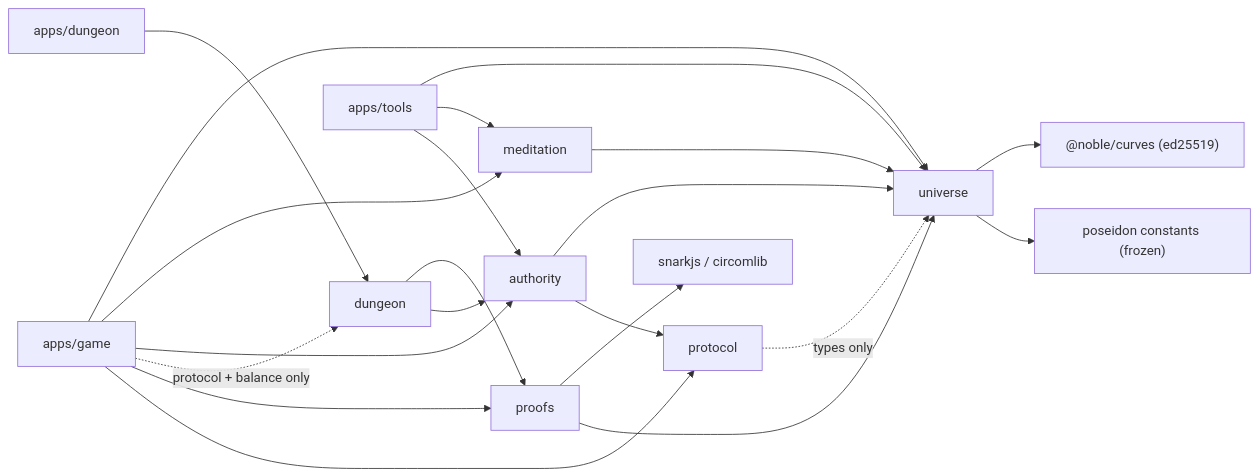
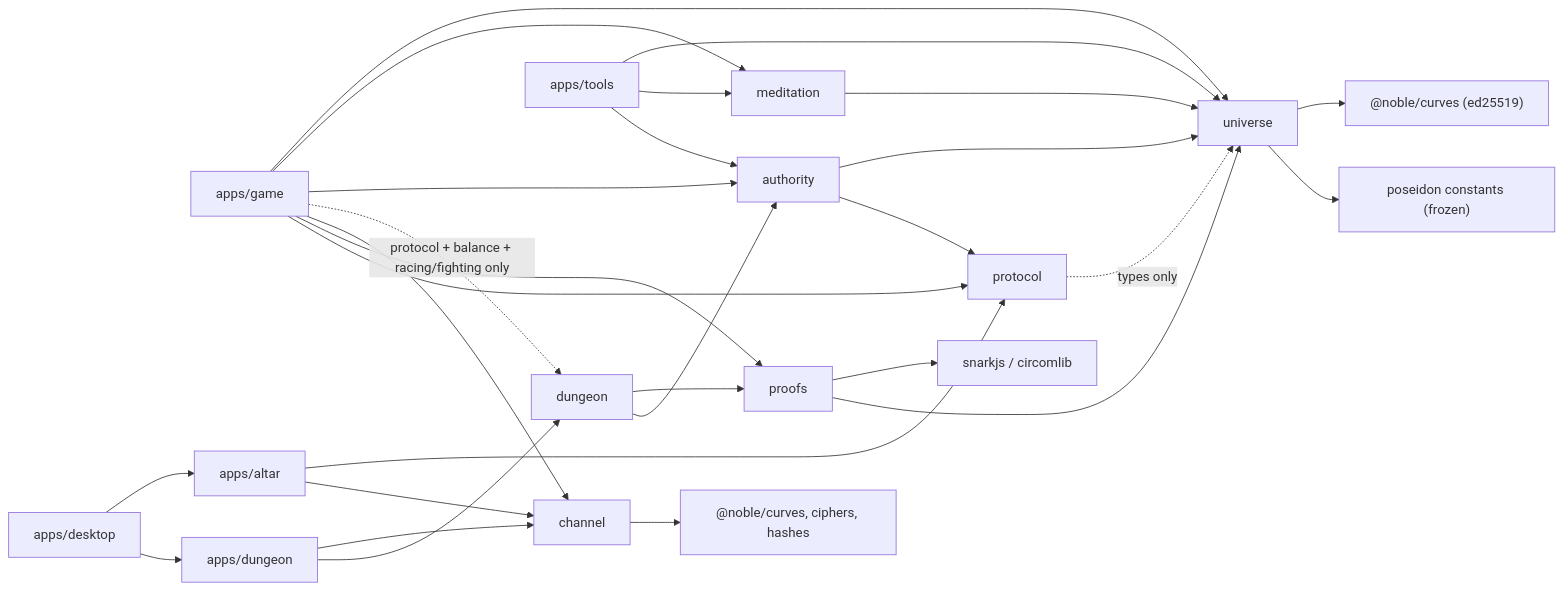
One commit to rranshous/context-games changed the first of 4 diagrams in games/truenames/docs/06-architecture.md. Above: the diagram before and after it, drawn with Mermaid. The commit also changed other lines of this file and 8 other files, not shown here.

````diff
--- a/games/truenames/docs/06-architecture.md
+++ b/games/truenames/docs/06-architecture.md
@@ -39,21 +39,27 @@
 ```mermaid
 flowchart LR
   game[apps/game] --> protocol
   game --> proofs
-  game -. protocol + balance only .-> dungeon
+  game --> channel
+  game -. protocol + balance + racing/fighting only .-> dungeon
   dsrv[apps/dungeon] --> dungeon
+  dsrv --> channel
+  altar[apps/altar] --> channel
+  altar --> protocol
+  desktop[apps/desktop] --> dsrv & altar
+  channel --> N2["@noble/curves, ciphers, hashes"]
   dungeon --> authority
   dungeon --> proofs
   proofs --> universe
   proofs --> SJ[snarkjs / circomlib]
   game --> authority
   game --> meditation
   game --> universe
   tools[apps/tools] --> authority & meditation & universe
   authority --> protocol
   authority --> universe
   meditation --> universe
   protocol -. types only .-> universe
   universe --> P["poseidon constants (frozen)"]
   universe --> N["@noble/curves (ed25519)"]
 ```
````
